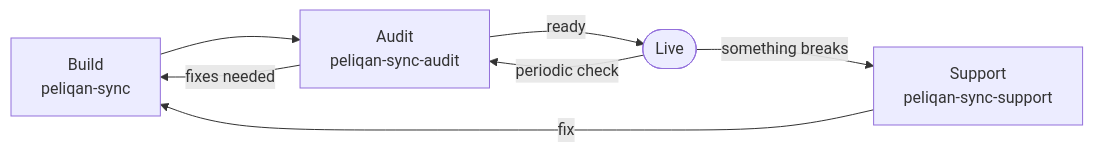
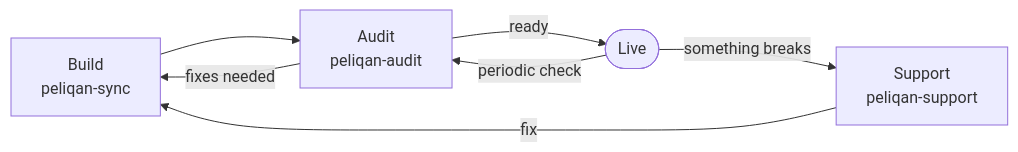
One commit to Peliqan-io/skills changed the fourth of 4 diagrams in README.md. Above: the diagram before and after it, drawn with Mermaid. The commit also changed other lines of this file and 6 other files, not shown here.

First line of the commit message:
Make audit and support one skill each, with a reference file per domain

````diff
--- a/README.md
+++ b/README.md
@@ -214,9 +214,9 @@
 ```mermaid
 flowchart LR
-    B["Build<br/>peliqan-sync"] --> A["Audit<br/>peliqan-sync-audit"]
+    B["Build<br/>peliqan-sync"] --> A["Audit<br/>peliqan-audit"]
     A -- "ready" --> L(["Live"])
     A -- "fixes needed" --> B
     L -- "periodic check" --> A
-    L -- "something breaks" --> S["Support<br/>peliqan-sync-support"]
+    L -- "something breaks" --> S["Support<br/>peliqan-support"]
     S -- "fix" --> B
 ```
````
